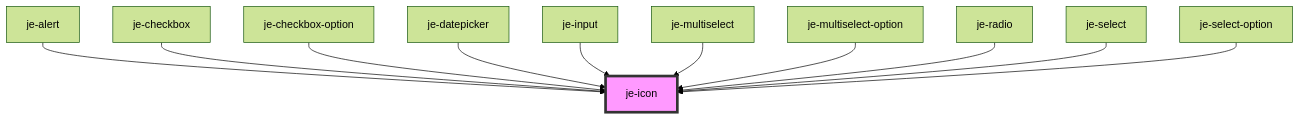
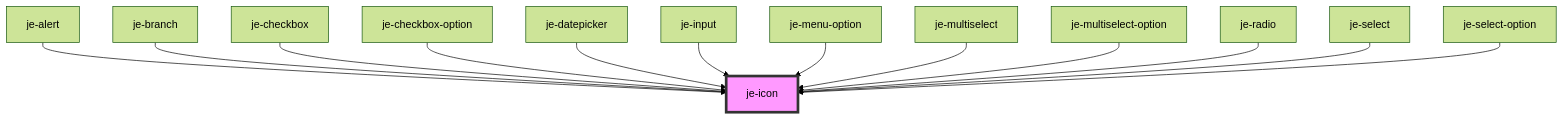
The diagram in packages/core/documentation/components/je-icon/readme.md (pgreen00/jebamo), drawn with Mermaid (forest theme) before and after one commit. The commit also changed other lines of this file and 17 other files, not shown here.

````diff
--- a/packages/core/documentation/components/je-icon/readme.md
+++ b/packages/core/documentation/components/je-icon/readme.md
@@ -42,14 +44,16 @@
 ```mermaid
 graph TD;
   je-alert --> je-icon
+  je-branch --> je-icon
   je-checkbox --> je-icon
   je-checkbox-option --> je-icon
   je-datepicker --> je-icon
   je-input --> je-icon
+  je-menu-option --> je-icon
   je-multiselect --> je-icon
   je-multiselect-option --> je-icon
   je-radio --> je-icon
   je-select --> je-icon
   je-select-option --> je-icon
   style je-icon fill:#f9f,stroke:#333,stroke-width:4px
 ```
````
